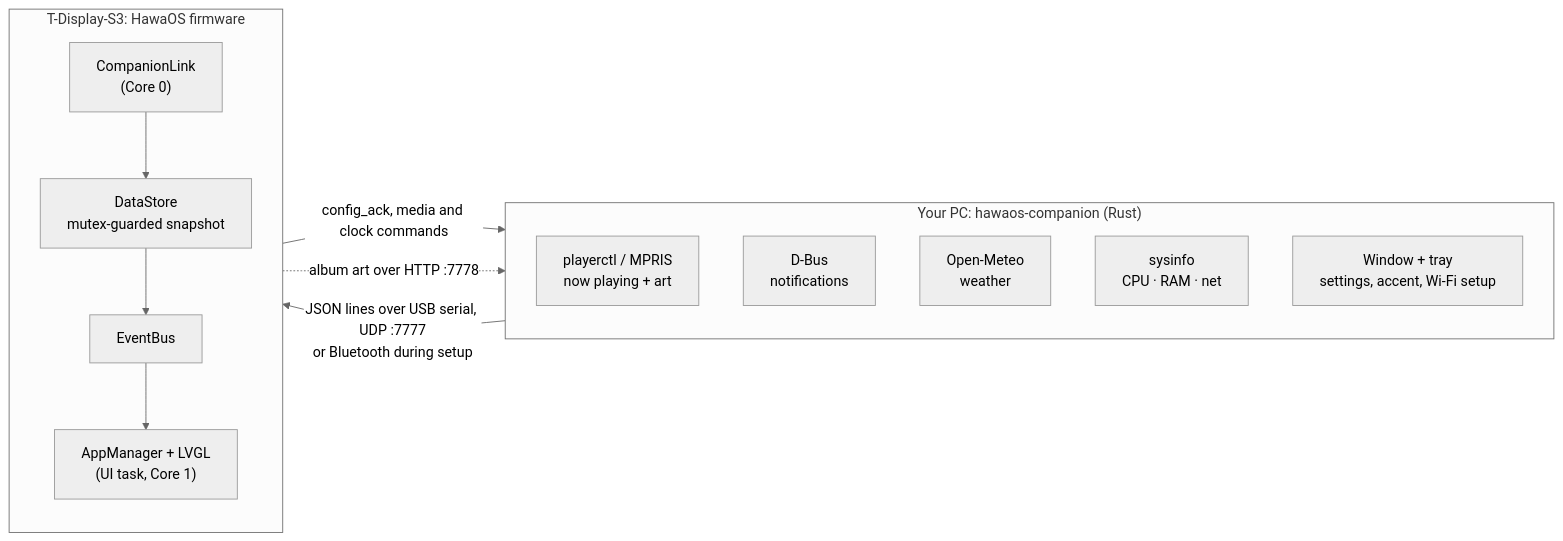
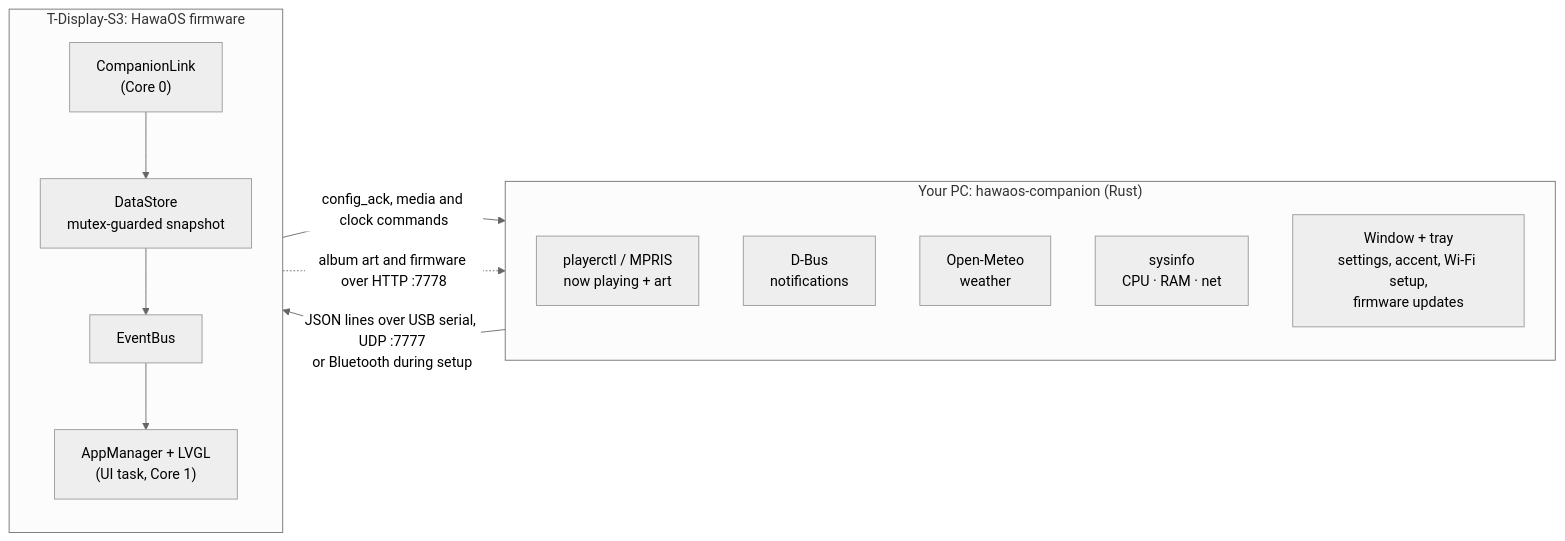
The diagram in README.md (TheCodeHeist/hawaos-lilygo), drawn with Mermaid (neutral theme) before and after one commit. The commit also changed other lines of this file, not shown here.

Commit message:
README: firmware updates over Wi-Fi

````diff
--- a/README.md
+++ b/README.md
@@ -76,21 +76,21 @@
 ```mermaid
 flowchart LR
   subgraph PC["Your PC: hawaos-companion (Rust)"]
     direction TB
     MP["playerctl / MPRIS<br>now playing + art"]
     NT["D-Bus<br>notifications"]
     WX["Open-Meteo<br>weather"]
     SY["sysinfo<br>CPU · RAM · net"]
-    UI["Window + tray<br>settings, accent, Wi-Fi setup"]
+    UI["Window + tray<br>settings, accent, Wi-Fi setup,<br>firmware updates"]
   end
 
   subgraph DEV["T-Display-S3: HawaOS firmware"]
     direction TB
     CL["CompanionLink<br>(Core 0)"] --> DS["DataStore<br>mutex-guarded snapshot"]
     DS --> EB["EventBus"] --> AM["AppManager + LVGL<br>(UI task, Core 1)"]
   end
 
   PC -- "JSON lines over USB serial, UDP :7777<br>or Bluetooth during setup" --> CL
   CL -- "config_ack, media and clock commands" --> PC
-  DEV -. "album art over HTTP :7778" .-> PC
+  DEV -. "album art and firmware over HTTP :7778" .-> PC
 ```
````
